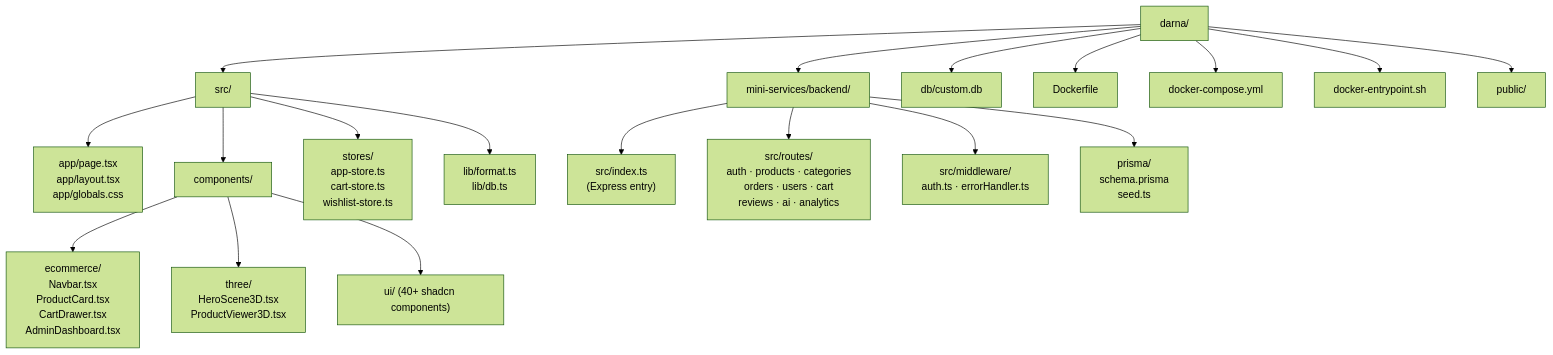
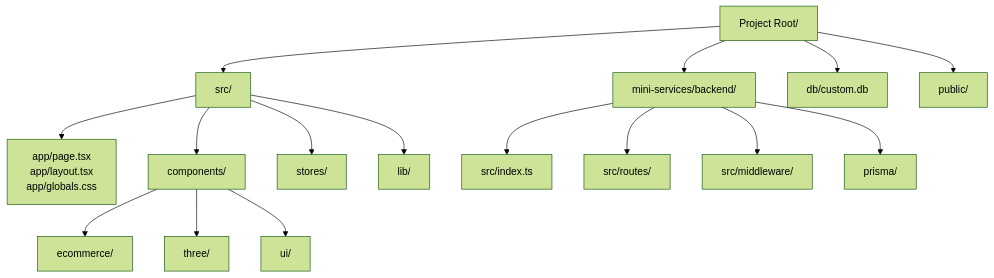
One commit to selmahacii/Darna4commerce changed the seventh of 8 diagrams in README.md. Above: the diagram before and after it, drawn with Mermaid (forest theme). The commit also changed other lines of this file and 12 other files, not shown here.

````diff
--- a/README.md
+++ b/README.md
@@ -493,24 +292,21 @@
 ```mermaid
 graph TD
-    ROOT["darna/"] --> SRC["src/"]
+    ROOT["Project Root/"] --> SRC["src/"]
     ROOT --> MS["mini-services/backend/"]
     ROOT --> DB["db/custom.db"]
-    ROOT --> DOCKER["Dockerfile"]
-    ROOT --> DC["docker-compose.yml"]
-    ROOT --> ENTRY["docker-entrypoint.sh"]
     ROOT --> PUB["public/"]
 
     SRC --> APP["app/page.tsx<br/>app/layout.tsx<br/>app/globals.css"]
     SRC --> COMP["components/"]
-    SRC --> STORES["stores/<br/>app-store.ts<br/>cart-store.ts<br/>wishlist-store.ts"]
-    SRC --> LIB["lib/format.ts<br/>lib/db.ts"]
+    SRC --> STORES["stores/"]
+    SRC --> LIB["lib/"]
 
-    COMP --> ECOM["ecommerce/<br/>Navbar.tsx<br/>ProductCard.tsx<br/>CartDrawer.tsx<br/>AdminDashboard.tsx"]
-    COMP --> THREE["three/<br/>HeroScene3D.tsx<br/>ProductViewer3D.tsx"]
-    COMP --> UI["ui/ (40+ shadcn components)"]
+    COMP --> ECOM["ecommerce/"]
+    COMP --> THREE["three/"]
+    COMP --> UI["ui/"]
 
-    MS --> IDX["src/index.ts<br/>(Express entry)"]
-    MS --> ROUTES["src/routes/<br/>auth · products · categories<br/>orders · users · cart<br/>reviews · ai · analytics"]
-    MS --> MW["src/middleware/<br/>auth.ts · errorHandler.ts"]
-    MS --> PRISMA["prisma/<br/>schema.prisma<br/>seed.ts"]
+    MS --> IDX["src/index.ts"]
+    MS --> ROUTES["src/routes/"]
+    MS --> MW["src/middleware/"]
+    MS --> PRISMA["prisma/"]
 ```
````
